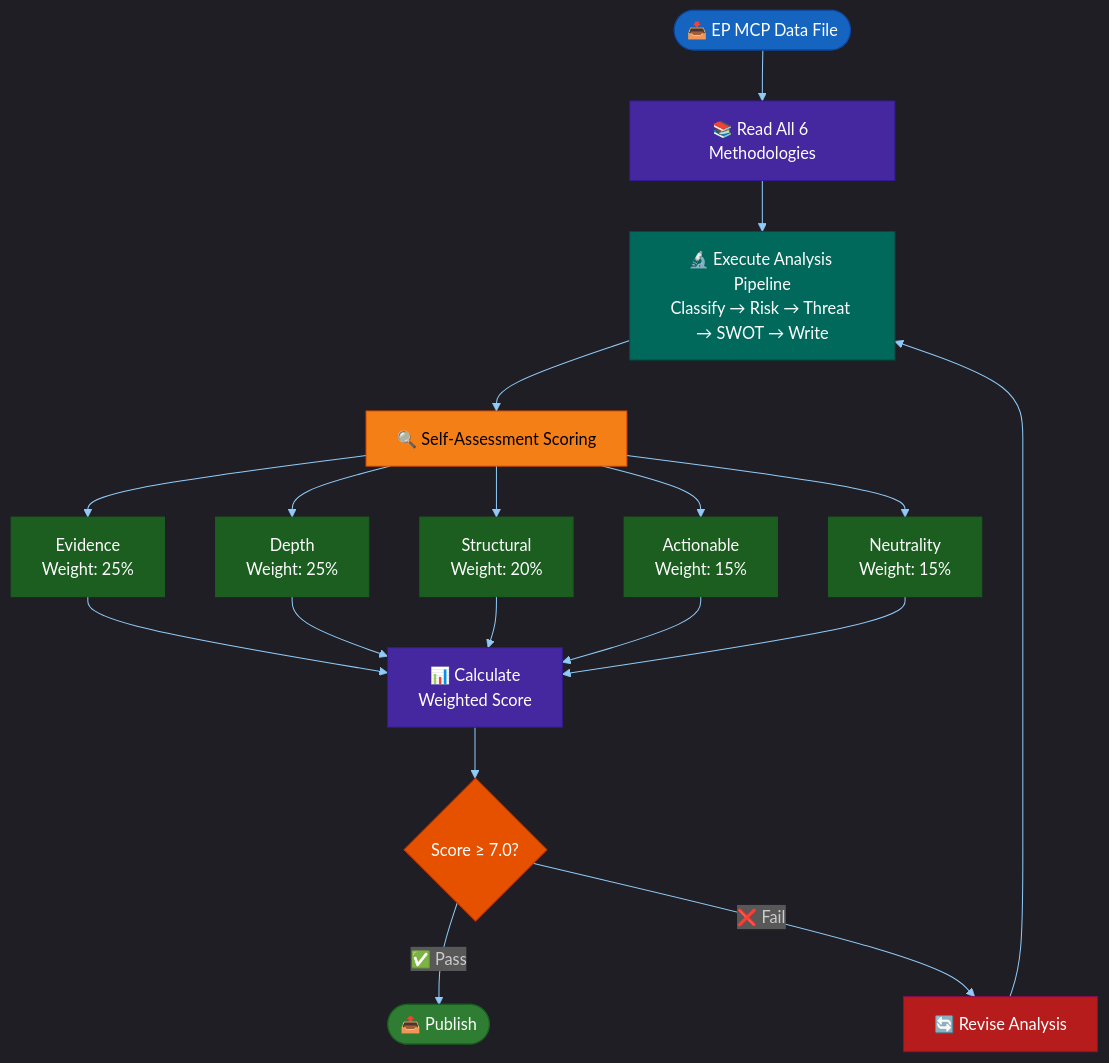
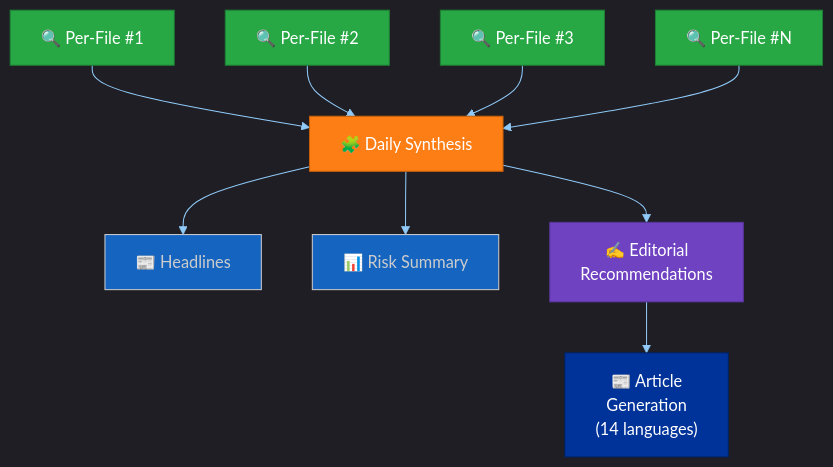
Before and after one commit to Hack23/euparliamentmonitor: diagram 11 of 16 in docs/api/media/README-9.md, drawn with Mermaid. The commit also changed other lines of this file and 1553 other files, not shown here.

````diff
--- a/docs/api/media/README-9.md
+++ b/docs/api/media/README-9.md
@@ -631,38 +573,20 @@
 ```mermaid
 %%{init: {"theme":"dark","themeVariables":{"primaryColor":"#1565C0","primaryTextColor":"#ffffff","primaryBorderColor":"#0A3F7F","lineColor":"#90CAF9","secondaryColor":"#2E7D32","secondaryTextColor":"#ffffff","secondaryBorderColor":"#0F3F00","tertiaryColor":"#FF9800","tertiaryTextColor":"#000000","tertiaryBorderColor":"#7F4F00","mainBkg":"#1565C0","secondBkg":"#2E7D32","tertiaryBkg":"#FF9800","noteBkgColor":"#FFC107","noteTextColor":"#000000","noteBorderColor":"#7F6000","errorBkgColor":"#D32F2F","errorTextColor":"#ffffff","fontFamily":"Inter, Helvetica, Arial, sans-serif","pie1":"#1565C0","pie2":"#2E7D32","pie3":"#FF9800","pie4":"#D32F2F","pie5":"#FFC107","pie6":"#7B1FA2","pie7":"#9E9E9E","pie8":"#0288D1","pie9":"#388E3C","pie10":"#F57C00","pie11":"#C62828","pie12":"#FBC02D","pieTitleTextSize":"18px","pieSectionTextSize":"14px","pieLegendTextSize":"13px","pieStrokeColor":"#1e1e1e","pieOuterStrokeColor":"#1e1e1e","git0":"#1565C0","git1":"#2E7D32","git2":"#FF9800","git3":"#D32F2F","gitBranchLabel0":"#ffffff","gitBranchLabel1":"#ffffff","gitBranchLabel2":"#000000","gitBranchLabel3":"#ffffff","cScale0":"#1565C0","cScale1":"#2E7D32","cScale2":"#FF9800","cScale3":"#D32F2F","cScale4":"#FFC107","cScale5":"#7B1FA2","cScale6":"#9E9E9E","cScale7":"#0288D1","xyChart":{"backgroundColor":"#1e1e1e","plotColorPalette":"#1565C0,#2E7D32,#FF9800,#D32F2F,#FFC107,#7B1FA2,#9E9E9E"}}}}%%
 flowchart TD
-    Data([📥 EP MCP Data File]) --> Read[📚 Read All 6 Methodologies]
-    Read --> Analyze[🔬 Execute Analysis Pipeline<br/>Classify → Risk → Threat → SWOT → Write]
-    Analyze --> Self[🔍 Self-Assessment Scoring]
+    PF1["🔍 Per-File #1"] --> SYN["🧩 Daily Synthesis"]
+    PF2["🔍 Per-File #2"] --> SYN
+    PF3["🔍 Per-File #3"] --> SYN
+    PFN["🔍 Per-File #N"] --> SYN
+    SYN --> HL["📰 Headlines"]
+    SYN --> RS["📊 Risk Summary"]
+    SYN --> ED["✍️ Editorial<br/>Recommendations"]
+    ED --> ART["📰 Article<br/>Generation<br/>(14 languages)"]
 
-    Self --> E[Evidence<br/>Weight: 25%]
-    Self --> D[Depth<br/>Weight: 25%]
-    Self --> St[Structural<br/>Weight: 20%]
-    Self --> A[Actionable<br/>Weight: 15%]
-    Self --> N[Neutrality<br/>Weight: 15%]
-
-    E --> Calc[📊 Calculate<br/>Weighted Score]
-    D --> Calc
-    St --> Calc
-    A --> Calc
-    N --> Calc
-
-    Calc --> Gate{Score ≥ 7.0?}
-    Gate -->|✅ Pass| Publish([📤 Publish])
-    Gate -->|❌ Fail| Revise[🔄 Revise Analysis]
-    Revise --> Analyze
-
-    style Data fill:#1565C0,stroke:#0D47A1,color:#FFFFFF
-    style Read fill:#4527A0,stroke:#311B92,color:#FFFFFF
-    style Analyze fill:#00695C,stroke:#004D40,color:#FFFFFF
-    style Self fill:#F57F17,stroke:#E65100,color:#000000
-    style E fill:#1B5E20,stroke:#1B5E20,color:#FFFFFF
-    style D fill:#1B5E20,stroke:#1B5E20,color:#FFFFFF
-    style St fill:#1B5E20,stroke:#1B5E20,color:#FFFFFF
-    style A fill:#1B5E20,stroke:#1B5E20,color:#FFFFFF
-    style N fill:#1B5E20,stroke:#1B5E20,color:#FFFFFF
-    style Calc fill:#4527A0,stroke:#311B92,color:#FFFFFF
-    style Gate fill:#E65100,stroke:#BF360C,color:#FFFFFF
-    style Publish fill:#2E7D32,stroke:#1B5E20,color:#FFFFFF
-    style Revise fill:#B71C1C,stroke:#880E4F,color:#FFFFFF
+    style PF1 fill:#28a745,color:#fff,stroke:#1e7e34
+    style PF2 fill:#28a745,color:#fff,stroke:#1e7e34
+    style PF3 fill:#28a745,color:#fff,stroke:#1e7e34
+    style PFN fill:#28a745,color:#fff,stroke:#1e7e34
+    style SYN fill:#fd7e14,color:#fff,stroke:#c96009
+    style ED fill:#6f42c1,color:#fff,stroke:#59359a
+    style ART fill:#003399,color:#fff,stroke:#002266
 ```
````
